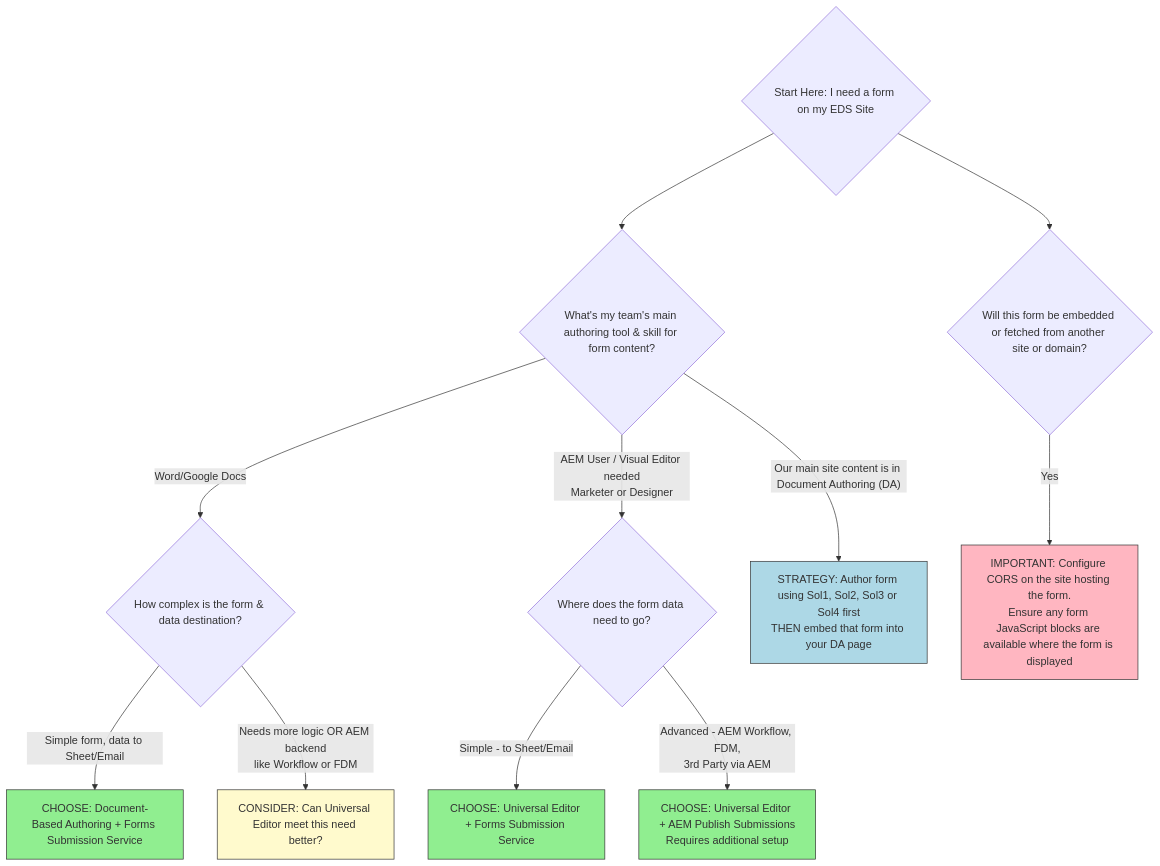
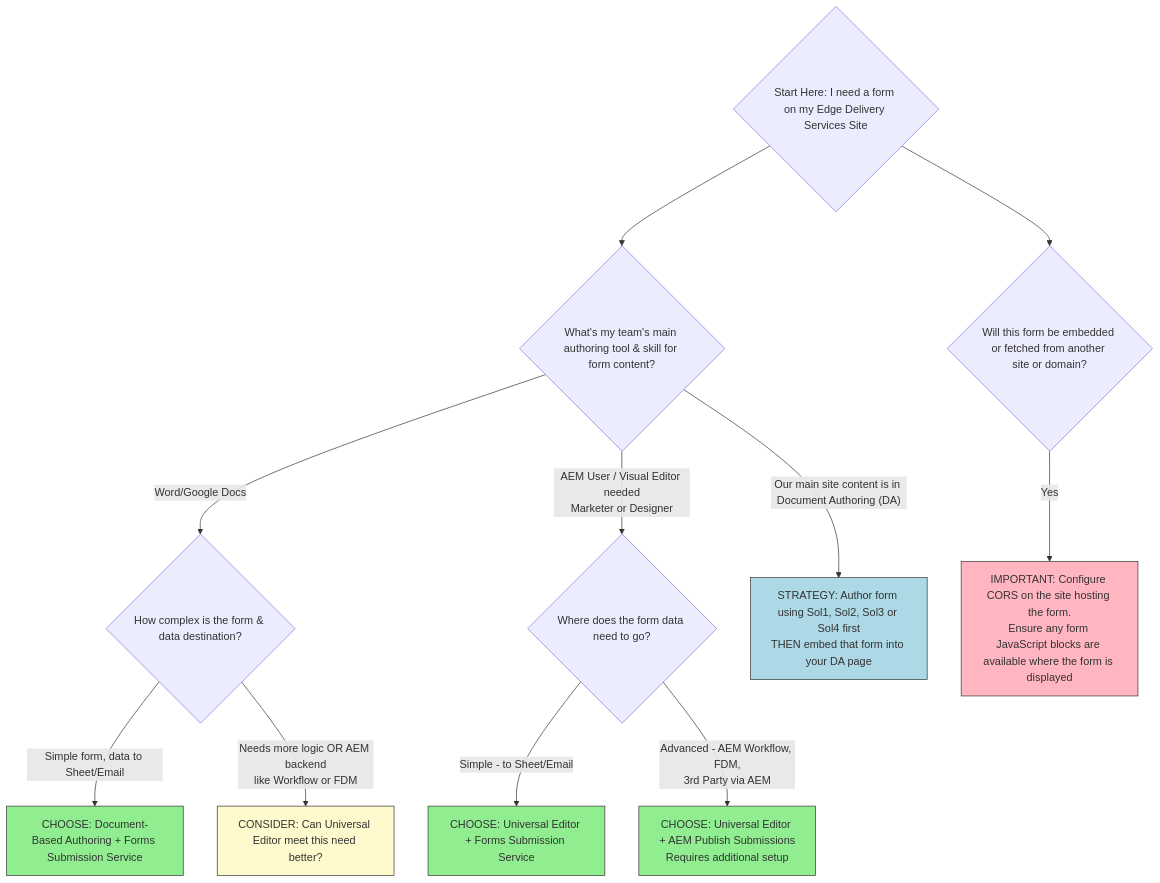
One commit to AdobeDocs/experience-manager-cloud-service.en changed the seventh of 7 diagrams in help/edge/docs/forms/overview.md. Above: the diagram before and after it, drawn with Mermaid. The commit also changed other lines of this file and 3 other files, not shown here.

Commit message:
updated content for eds forms

````diff
--- a/help/edge/docs/forms/overview.md
+++ b/help/edge/docs/forms/overview.md
@@ -277,23 +274,23 @@
 ```mermaid
     graph TD
-    A{Start Here: I need a form on my EDS Site} --> B{What's my team's main authoring tool & skill for form content?};
+    A{Start Here: I need a form on my Edge Delivery Services Site} --> B{What's my team's main authoring tool & skill for form content?};
     B -- "Word/Google Docs" --> C{How complex is the form & data destination?};
     C -- "Simple form, data to Sheet/Email" --> Sol1[CHOOSE: Document-Based Authoring + Forms Submission Service];
     C -- "Needs more logic OR AEM backend\nlike Workflow or FDM" --> Sol2[CONSIDER: Can Universal Editor meet this need better?];
 
     B -- "AEM User / Visual Editor needed\nMarketer or Designer" --> D{Where does the form data need to go?};
     D -- "Simple - to Sheet/Email" --> Sol3[CHOOSE: Universal Editor + Forms Submission Service];
     D -- "Advanced - AEM Workflow, FDM,\n3rd Party via AEM" --> Sol4[CHOOSE: Universal Editor + AEM Publish Submissions\nRequires additional setup];
 
     B -- "Our main site content is in Document Authoring (DA)" --> Sol5[STRATEGY: Author form using Sol1, Sol2, Sol3 or Sol4 first\nTHEN embed that form into your DA page];
 
     A --> F{Will this form be embedded or fetched from another site or domain?};
     F -- "Yes" --> G[IMPORTANT: Configure CORS on the site hosting the form.\nEnsure any form JavaScript blocks are available where the form is displayed];
 
     style Sol1 fill:#90ee90,stroke:#333
     style Sol2 fill:#fffacd,stroke:#333
     style Sol3 fill:#90ee90,stroke:#333
     style Sol4 fill:#90ee90,stroke:#333
     style Sol5 fill:#add8e6,stroke:#333
     style G fill:#ffb6c1,stroke:#333
 ```
````
